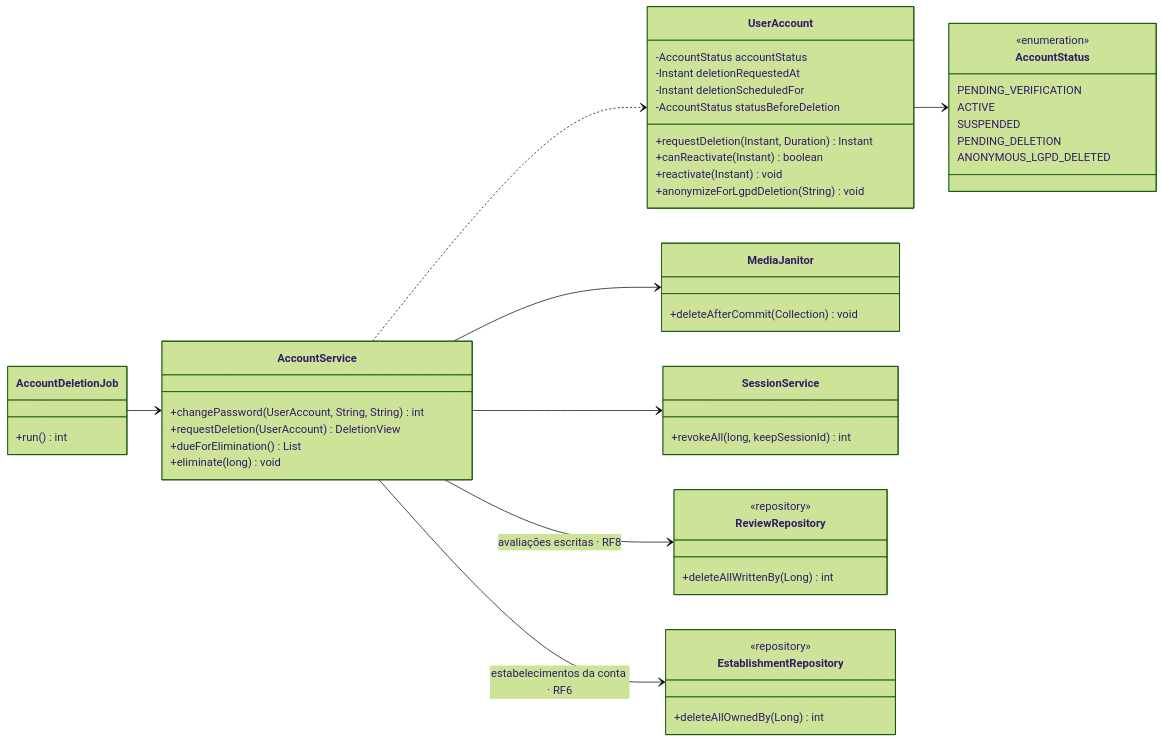
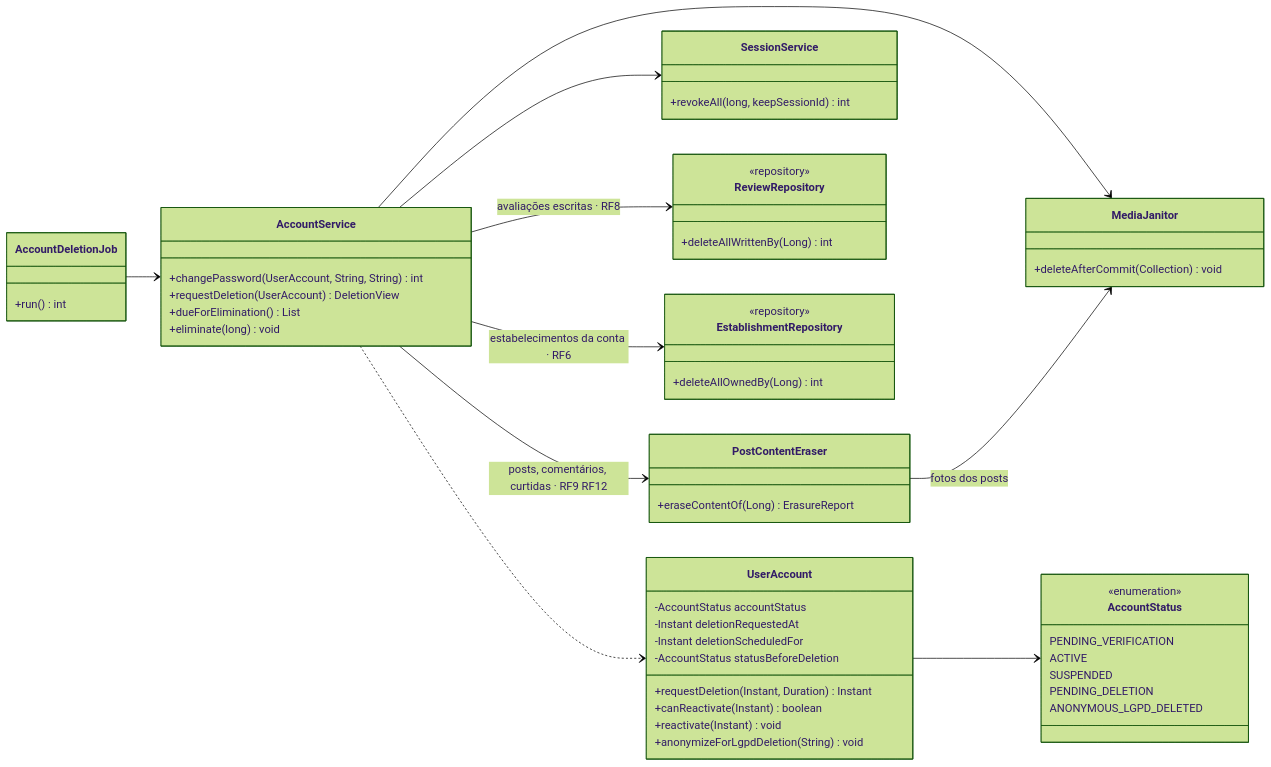
The diagram in docs/RF5/classes.md (MatheusHaliski/Friendly-Eats), drawn with Mermaid (forest theme) before and after one commit. The commit also changed 94 other files, not shown here.

````diff
--- a/docs/RF5/classes.md
+++ b/docs/RF5/classes.md
@@ -3,52 +3,57 @@
 ```mermaid
 classDiagram
     direction LR
     class UserAccount {
         -AccountStatus accountStatus
         -Instant deletionRequestedAt
         -Instant deletionScheduledFor
         -AccountStatus statusBeforeDeletion
         +requestDeletion(Instant, Duration) Instant
         +canReactivate(Instant) boolean
         +reactivate(Instant) void
         +anonymizeForLgpdDeletion(String) void
     }
     class AccountStatus {
         <<enumeration>>
         PENDING_VERIFICATION
         ACTIVE
         SUSPENDED
         PENDING_DELETION
         ANONYMOUS_LGPD_DELETED
     }
     class AccountService {
         +changePassword(UserAccount, String, String) int
         +requestDeletion(UserAccount) DeletionView
         +dueForElimination() List
         +eliminate(long) void
     }
     class AccountDeletionJob {
         +run() int
     }
     class MediaJanitor {
         +deleteAfterCommit(Collection) void
     }
     class SessionService {
         +revokeAll(long, keepSessionId) int
     }
     class ReviewRepository {
         <<repository>>
         +deleteAllWrittenBy(Long) int
     }
     class EstablishmentRepository {
         <<repository>>
         +deleteAllOwnedBy(Long) int
     }
+    class PostContentEraser {
+        +eraseContentOf(Long) ErasureReport
+    }
     AccountDeletionJob --> AccountService
     AccountService --> MediaJanitor
     AccountService --> SessionService
     AccountService --> ReviewRepository : avaliações escritas · RF8
     AccountService --> EstablishmentRepository : estabelecimentos da conta · RF6
+    AccountService --> PostContentEraser : posts, comentários, curtidas · RF9 RF12
+    PostContentEraser --> MediaJanitor : fotos dos posts
     AccountService ..> UserAccount
     UserAccount --> AccountStatus
 ```
````
